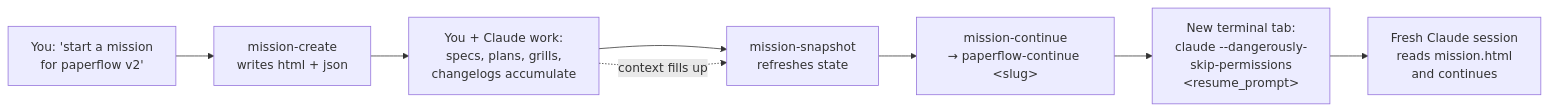
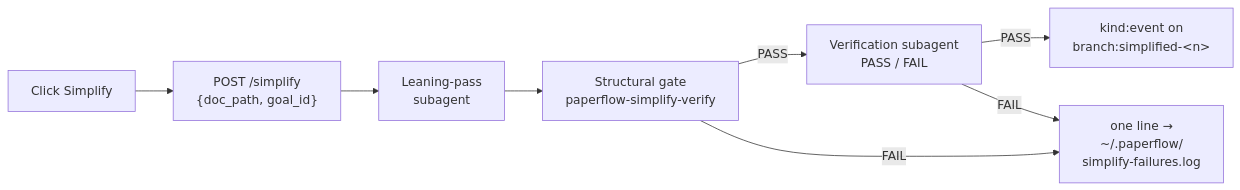
The third of 3 diagrams in README.md (FRIKKern/paperflow), drawn with Mermaid before and after one commit. The commit also changed other lines of this file, not shown here.

````diff
--- a/README.md
+++ b/README.md
@@ -379,13 +279,16 @@
 ```mermaid
 flowchart LR
-    Start["You: 'start a mission<br/>for paperflow v2'"]
-    Create["mission-create<br/>writes html + json"]
-    Work["You + Claude work:<br/>specs, plans, grills,<br/>changelogs accumulate"]
-    Snap["mission-snapshot<br/>refreshes state"]
-    Cont["mission-continue<br/>→ paperflow-continue &lt;slug&gt;"]
-    NewTab["New terminal tab:<br/>claude --dangerously-<br/>skip-permissions<br/>&lt;resume_prompt&gt;"]
-    Fresh["Fresh Claude session<br/>reads mission.html<br/>and continues"]
+    Click["Click Simplify"]
+    Bridge["POST /simplify<br/>{doc_path, goal_id}"]
+    Lean["Leaning-pass<br/>subagent"]
+    Struct["Structural gate<br/>paperflow-simplify-verify"]
+    Verify["Verification subagent<br/>PASS / FAIL"]
+    Land["kind:event on<br/>branch:simplified-&lt;n&gt;"]
+    Fail["one line →<br/>~/.paperflow/<br/>simplify-failures.log"]
 
-    Start --> Create --> Work --> Snap --> Cont --> NewTab --> Fresh
-    Work -.->|context fills up| Snap
+    Click --> Bridge --> Lean --> Struct
+    Struct -->|"PASS"| Verify
+    Struct -->|"FAIL"| Fail
+    Verify -->|"PASS"| Land
+    Verify -->|"FAIL"| Fail
 ```
````
